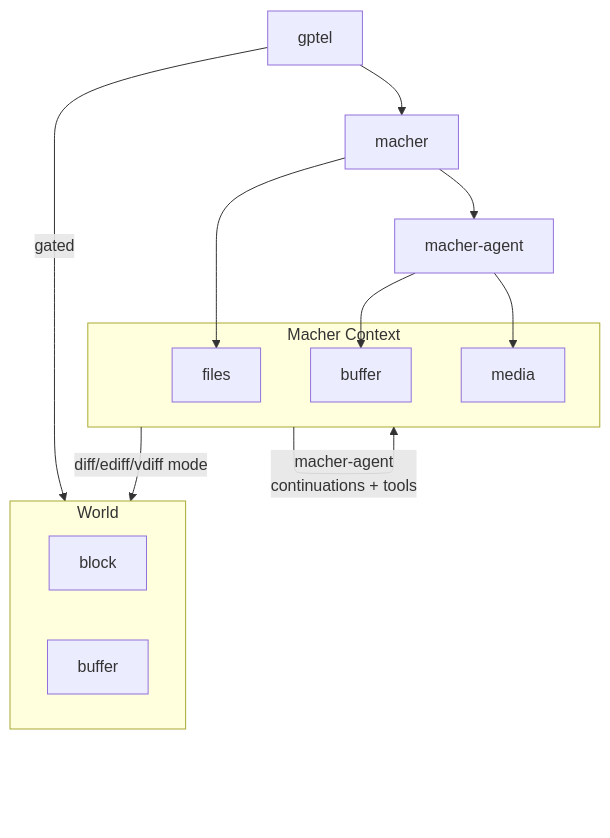
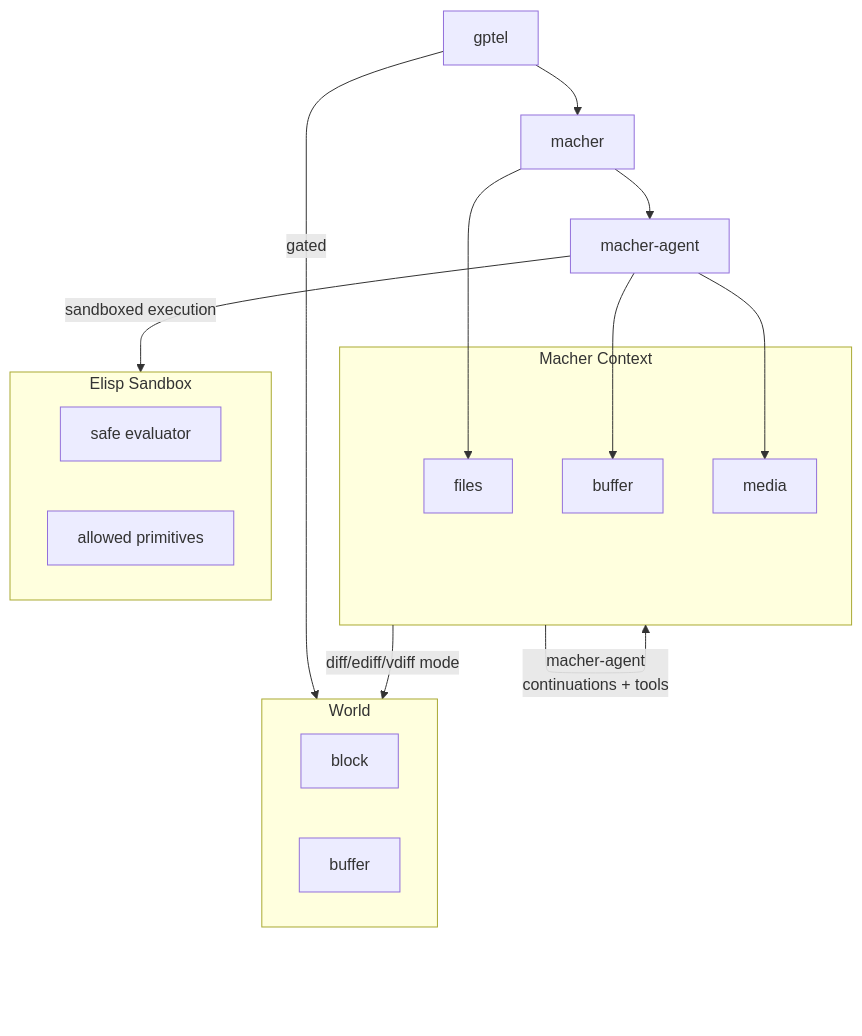
The diagram in README.md (elij/macher-agent), drawn with Mermaid before and after one commit. The commit also changed other lines of this file and 4 other files, not shown here.

First line of the commit message:
feat: added sandboxed elisp

````diff
--- a/README.md
+++ b/README.md
@@ -41,25 +42,32 @@
 ```mermaid
 graph TD
     gptel --> macher
     macher --> macher-agent
 
     subgraph world [World]
         direction LR
         block
         emacs-buffer[buffer]
     end
 
     subgraph macher-context [Macher Context]
         files
         buffer
         media
     end
 
+    subgraph elisp-sandbox [Elisp Sandbox]
+        direction LR
+        evaluator[safe evaluator]
+        primitives[allowed primitives]
+    end
+
     gptel --> |gated| world
     macher --> files
     macher-context --> |diff/ediff/vdiff mode| world
     macher-agent --> buffer
     macher-agent --> media
     macher-context -->|macher-agent<br /> continuations + tools| macher-context 
+    macher-agent --> |sandboxed execution| elisp-sandbox
 
 ```
````
